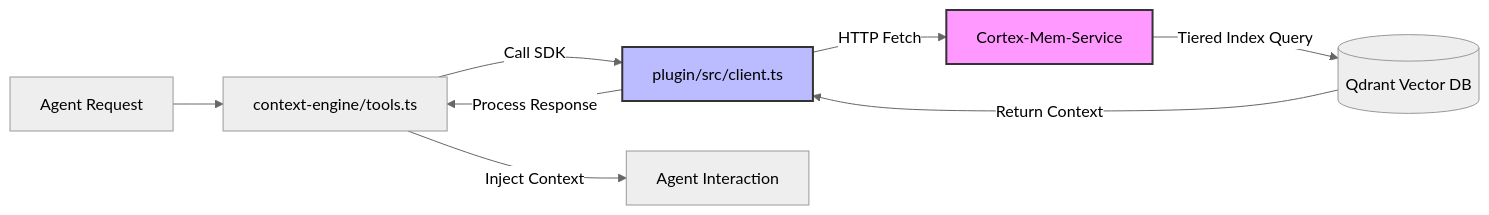
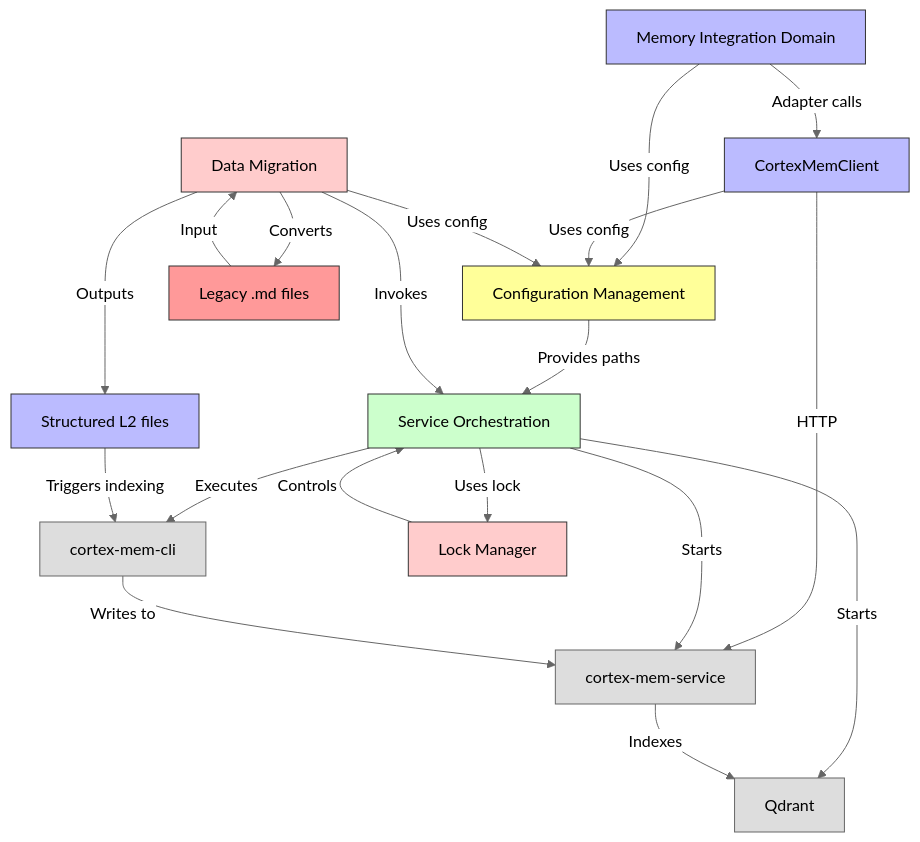
One commit to sopaco/memclaw changed the diagram in litho.docs/en/2.Architecture.md. Above: the diagram before and after it, drawn with Mermaid (neutral theme). The commit also changed other lines of this file and 33 other files, not shown here.

First line of the commit message:
Update Windows binaries to v0.1.10 and refresh architecture documentation

````diff
--- a/litho.docs/en/2.Architecture.md
+++ b/litho.docs/en/2.Architecture.md
@@ -249,13 +171,33 @@
 ```mermaid
-flowchart LR
-    A[Agent Request] --> B[context-engine/tools.ts]
-    B -->|Call SDK| C[plugin/src/client.ts]
-    C -->|HTTP Fetch| D[Cortex-Mem-Service]
-    D -->|Tiered Index Query| E[(Qdrant Vector DB)]
-    E -->|Return Context| C
-    C -->|Process Response| B
-    B -->|Inject Context| F[Agent Interaction]
-    
-    style C fill:#bbf,stroke:#333,stroke-width:2px
-    style D fill:#f9f,stroke:#333,stroke-width:2px
+graph TD
+    A[Memory Integration Domain] -->|Adapter calls| B[CortexMemClient]
+    B -->|HTTP| C[cortex-mem-service]
+    A -->|Uses config| D[Configuration Management]
+    B -->|Uses config| D
+    E[Service Orchestration] -->|Starts| F[Qdrant]
+    E -->|Starts| C
+    E -->|Executes| G[cortex-mem-cli]
+    D -->|Provides paths| E
+    H[Data Migration] -->|Uses config| D
+    H -->|Invokes| E
+    H -->|Converts| I[Legacy .md files]
+    I -->|Input| H
+    H -->|Outputs| J[Structured L2 files]
+    J -->|Triggers indexing| G
+    G -->|Writes to| C
+    C -->|Indexes| F
+    E -->|Uses lock| K[Lock Manager]
+    K -->|Controls| E
+
+    style A fill:#bbf,stroke:#333
+    style B fill:#bbf,stroke:#333
+    style D fill:#ff9,stroke:#333
+    style E fill:#cfc,stroke:#333
+    style F fill:#ddd,stroke:#666
+    style C fill:#ddd,stroke:#666
+    style G fill:#ddd,stroke:#666
+    style H fill:#fcc,stroke:#333
+    style I fill:#f99,stroke:#333
+    style J fill:#bbf,stroke:#333
+    style K fill:#fcc,stroke:#333
 ```
````
